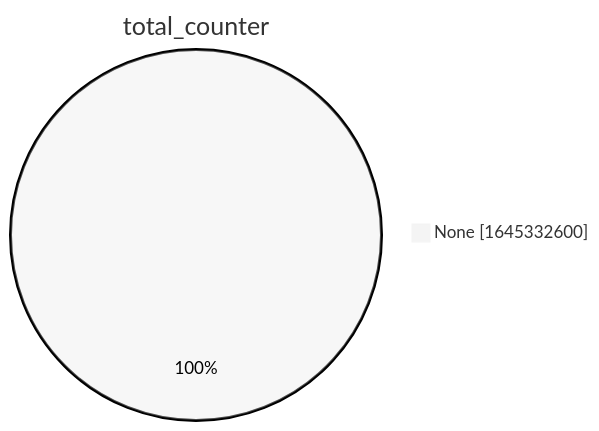
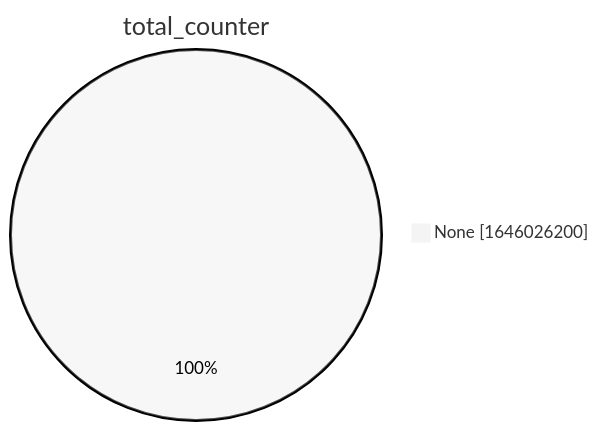
Before and after one commit to christiankrug/ctmonitor_visualization: the second of 15 diagrams in xenon2022/README.md, drawn with Mermaid (neutral theme). The commit also changed other lines of this file, not shown here.

````diff
--- a/xenon2022/README.md
+++ b/xenon2022/README.md
@@ -9,5 +9,5 @@
 ```mermaid
 pie showData
 title total_counter
-"None" :1645332600
+"None" :1646026200
 ```
````
